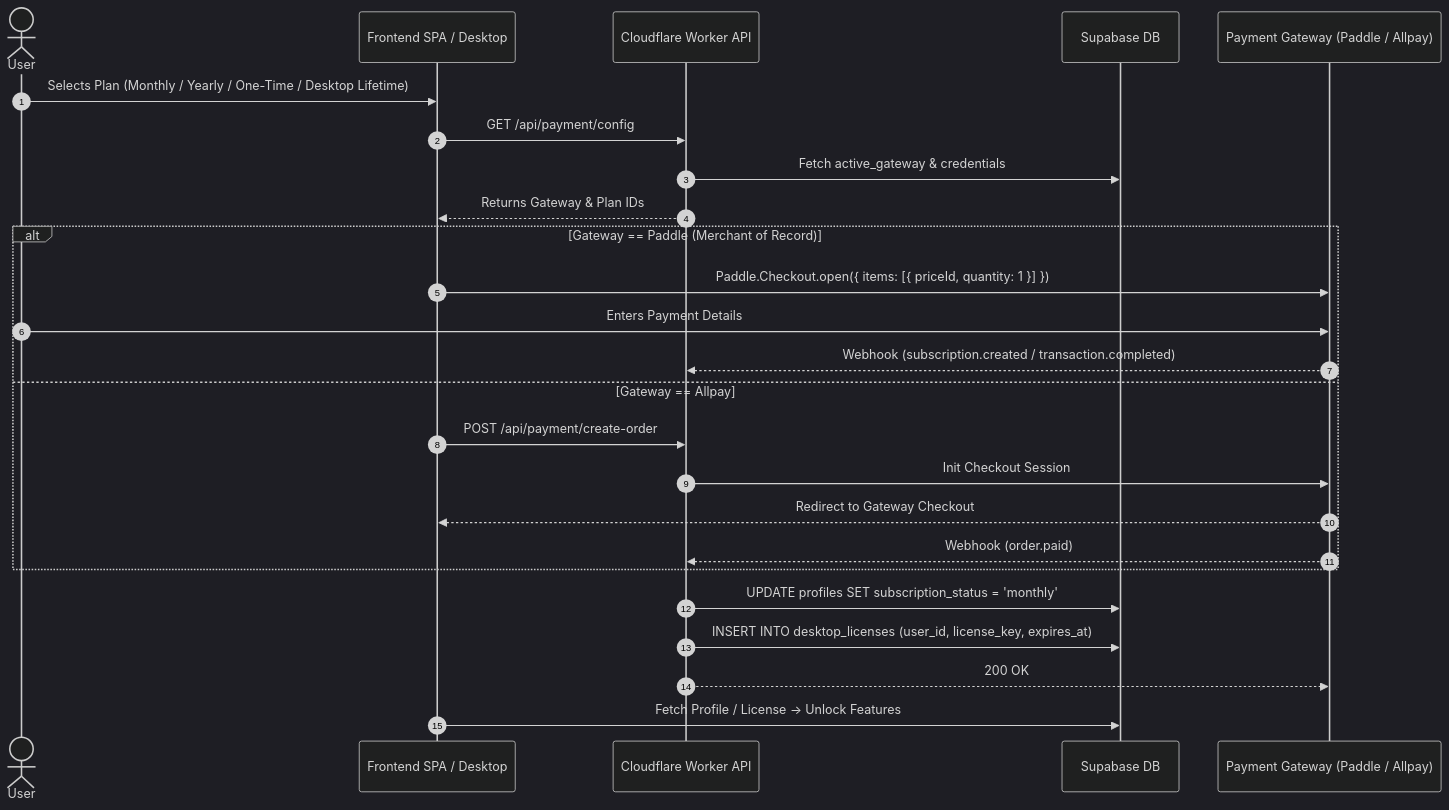
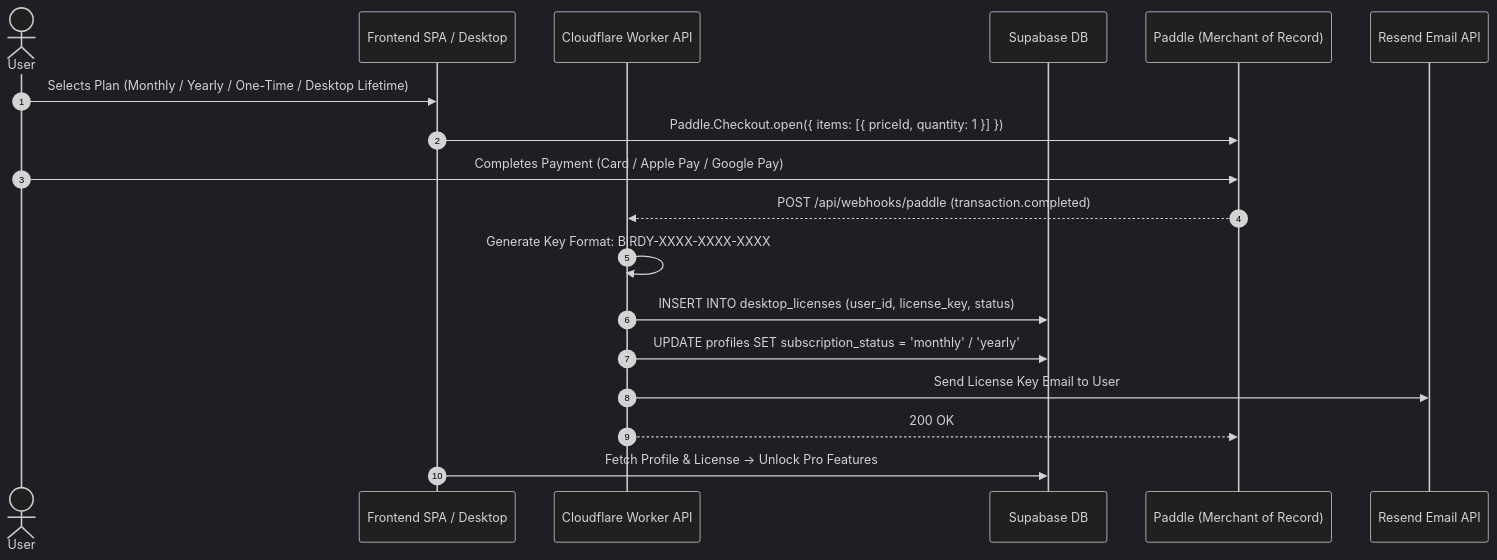
One commit to emitera/kdp-book-assembler changed the second of 2 diagrams in docs/architecture.md. Above: the diagram before and after it, drawn with Mermaid (dark theme). The commit also changed other lines of this file and 7 other files, not shown here.

Commit message:
docs: Add Desktop EULA/Privacy/Refund drafts and update architecture/desktop_bridge specifications

````diff
--- a/docs/architecture.md
+++ b/docs/architecture.md
@@ -140,30 +139,22 @@
 ```mermaid
 sequenceDiagram
     autonumber
     actor User
     participant Client as Frontend SPA / Desktop
     participant Worker as Cloudflare Worker API
     participant DB as Supabase DB
-    participant Gateway as Payment Gateway (Paddle / Allpay)
+    participant Paddle as Paddle (Merchant of Record)
+    participant Resend as Resend Email API
 
     User->>Client: Selects Plan (Monthly / Yearly / One-Time / Desktop Lifetime)
-    Client->>Worker: GET /api/payment/config
-    Worker->>DB: Fetch active_gateway & credentials
-    Worker-->>Client: Returns Gateway & Plan IDs
+    Client->>Paddle: Paddle.Checkout.open({ items: [{ priceId, quantity: 1 }] })
+    User->>Paddle: Completes Payment (Card / Apple Pay / Google Pay)
+    Paddle-->>Worker: POST /api/webhooks/paddle (transaction.completed)
     
-    alt Gateway == Paddle (Merchant of Record)
-        Client->>Gateway: Paddle.Checkout.open({ items: [{ priceId, quantity: 1 }] })
-        User->>Gateway: Enters Payment Details
-        Gateway-->>Worker: Webhook (subscription.created / transaction.completed)
-    else Gateway == Allpay
-        Client->>Worker: POST /api/payment/create-order
-        Worker->>Gateway: Init Checkout Session
-        Gateway-->>Client: Redirect to Gateway Checkout
-        Gateway-->>Worker: Webhook (order.paid)
-    end
-
-    Worker->>DB: UPDATE profiles SET subscription_status = 'monthly'
-    Worker->>DB: INSERT INTO desktop_licenses (user_id, license_key, expires_at)
-    Worker-->>Gateway: 200 OK
-    Client->>DB: Fetch Profile / License -> Unlock Features
+    Worker->>Worker: Generate Key Format: BIRDY-XXXX-XXXX-XXXX
+    Worker->>DB: INSERT INTO desktop_licenses (user_id, license_key, status)
+    Worker->>DB: UPDATE profiles SET subscription_status = 'monthly' / 'yearly'
+    Worker->>Resend: Send License Key Email to User
+    Worker-->>Paddle: 200 OK
+    Client->>DB: Fetch Profile & License -> Unlock Pro Features
 ```
````
